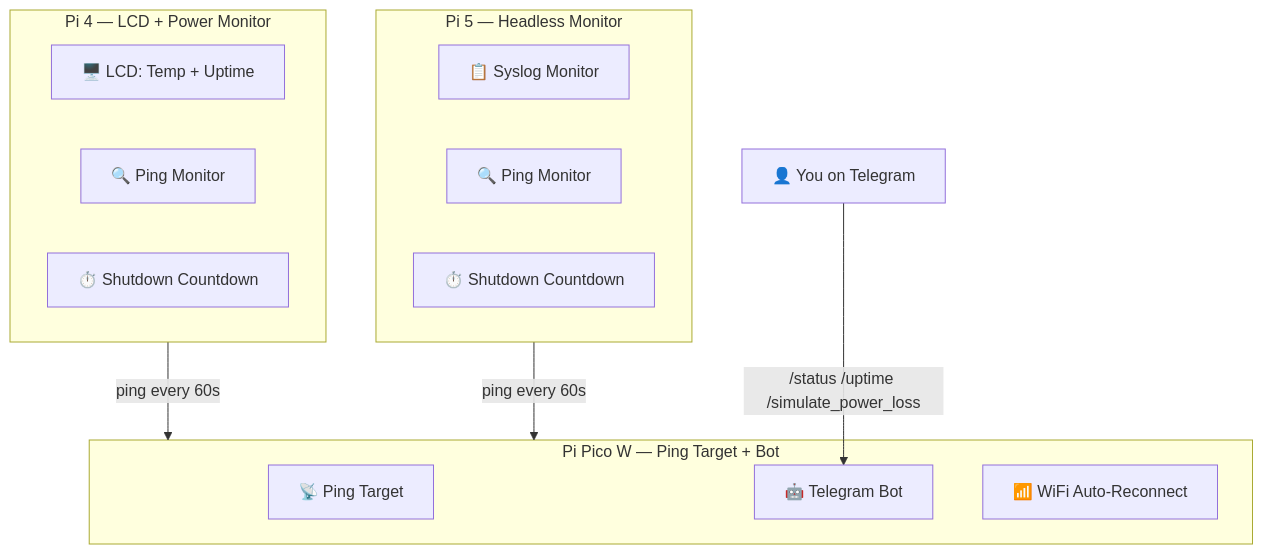
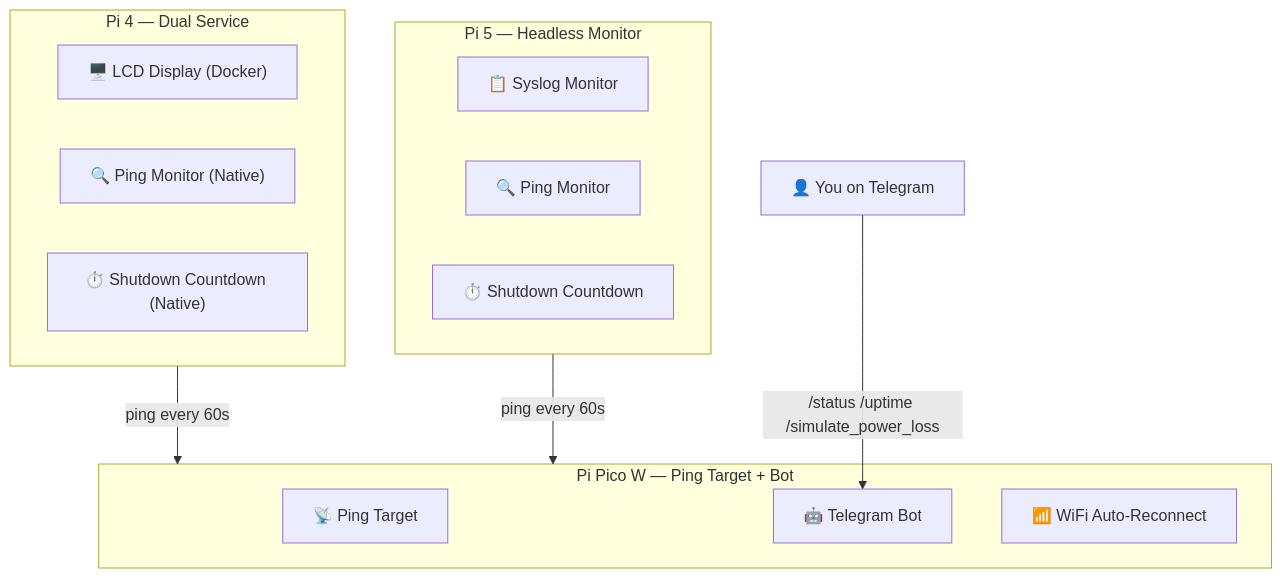
One commit to sagniKdas53/home-mesh changed the first of 3 diagrams in README.md. Above: the diagram before and after it, drawn with Mermaid. The commit also changed other lines of this file and 4 other files, not shown here.

Commit message:
refactor: split Pi 4 LCD logic into separate module and convert power monitor to headless syslog service

````diff
--- a/README.md
+++ b/README.md
@@ -7,27 +7,27 @@
 ```mermaid
 graph TD
     subgraph PICO["Pi Pico W — Ping Target + Bot"]
         P1["📡 Ping Target"]
         P2["🤖 Telegram Bot"]
         P4["📶 WiFi Auto-Reconnect"]
     end
 
-    subgraph PI4["Pi 4 — LCD + Power Monitor"]
-        L1["🖥️ LCD: Temp + Uptime"]
-        L2["🔍 Ping Monitor"]
-        L4["⏱️ Shutdown Countdown"]
+    subgraph PI4["Pi 4 — Dual Service"]
+        L1["🖥️ LCD Display (Docker)"]
+        L2["🔍 Ping Monitor (Native)"]
+        L4["⏱️ Shutdown Countdown (Native)"]
     end
 
     subgraph PI5["Pi 5 — Headless Monitor"]
         H1["📋 Syslog Monitor"]
         H2["🔍 Ping Monitor"]
         H4["⏱️ Shutdown Countdown"]
     end
 
     USER["👤 You on Telegram"]
 
     PI4 -- "ping every 60s" --> PICO
     PI5 -- "ping every 60s" --> PICO
 
     USER -- "/status /uptime /simulate_power_loss" --> P2
 ```
````
